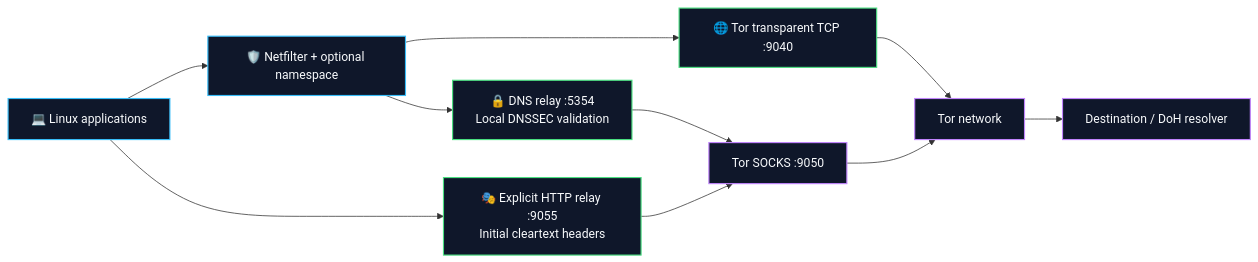
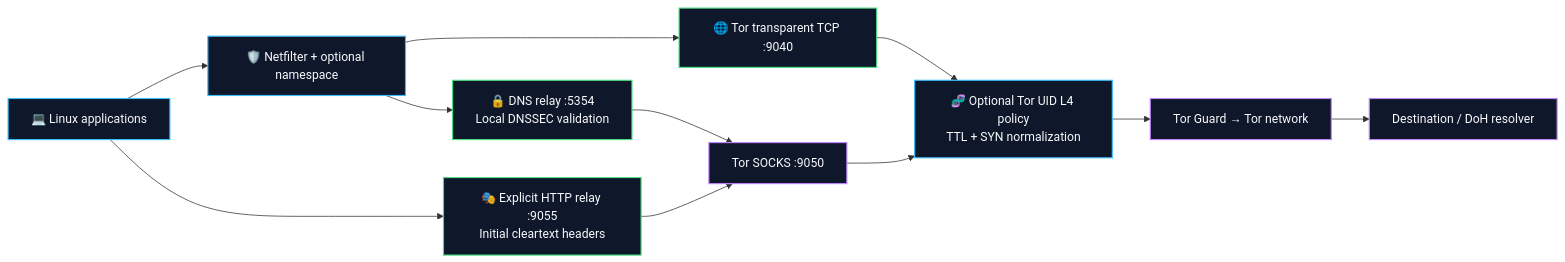
Before and after one commit to ByGh00st/wraith: the first of 2 diagrams in README.md, drawn with Mermaid. The commit also changed other lines of this file and 14 other files, not shown here.

````diff
--- a/README.md
+++ b/README.md
@@ -171,15 +172,16 @@
 ```mermaid
 graph LR
     classDef kBox fill:#0f172a,stroke:#38bdf8,stroke-width:1.5px,color:#f8fafc;
     classDef gBox fill:#0f172a,stroke:#4ade80,stroke-width:1.5px,color:#f8fafc;
     classDef tBox fill:#0f172a,stroke:#c084fc,stroke-width:1.5px,color:#f8fafc;
     A["💻 Linux applications"]:::kBox --> B["🛡️ Netfilter + optional namespace"]:::kBox
     B --> C["🔒 DNS relay :5354<br/>Local DNSSEC validation"]:::gBox
     B --> D["🌐 Tor transparent TCP :9040"]:::gBox
     A --> E["🎭 Explicit HTTP relay :9055<br/>Initial cleartext headers"]:::gBox
     C --> F["Tor SOCKS :9050"]:::tBox
     E --> F
-    D --> G["Tor network"]:::tBox
-    F --> G
+    D --> L["🧬 Optional Tor UID L4 policy<br/>TTL + SYN normalization"]:::kBox
+    F --> L
+    L --> G["Tor Guard → Tor network"]:::tBox
     G --> H["Destination / DoH resolver"]:::tBox
 ```
````
